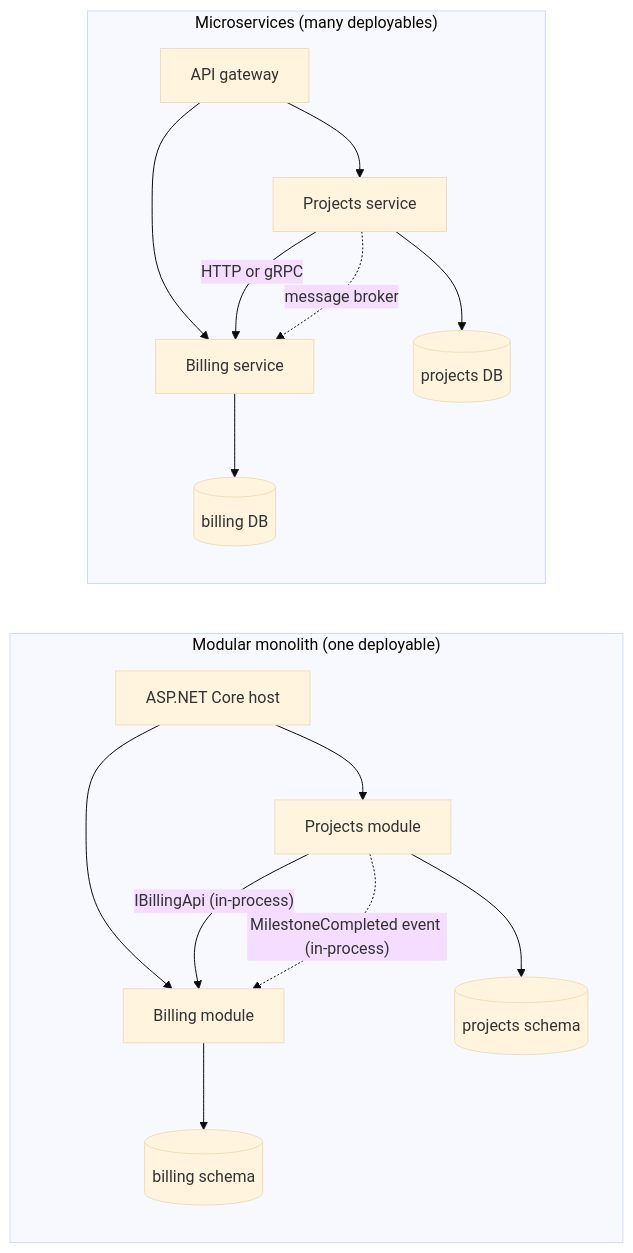
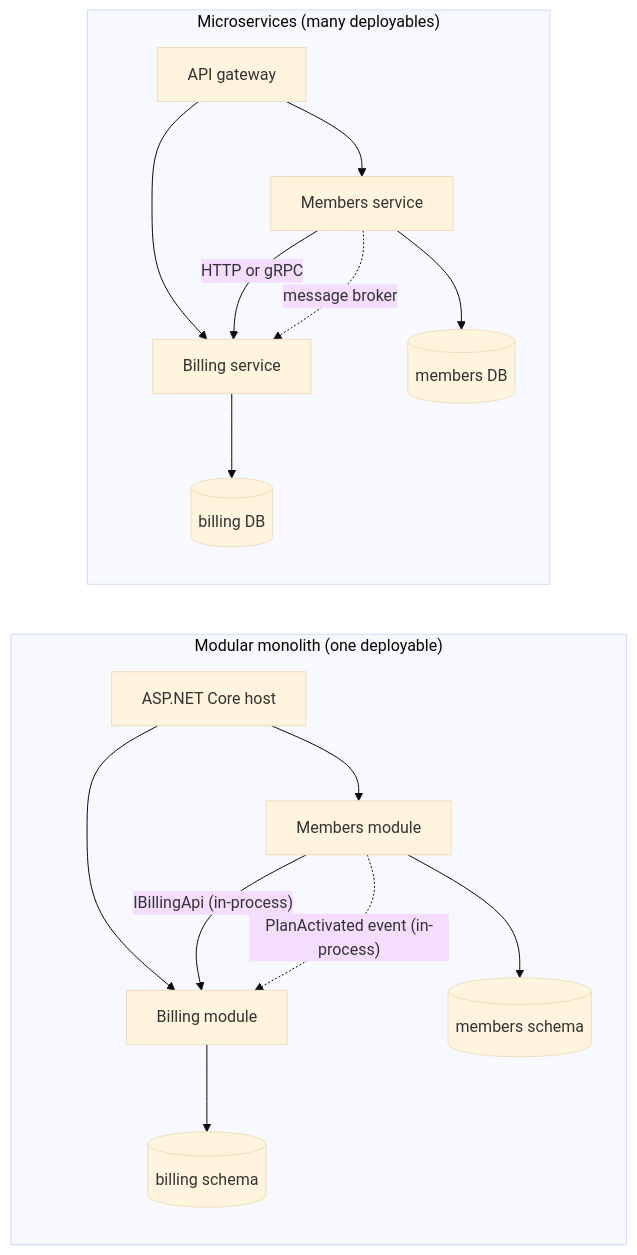
The first of 2 diagrams in content/lessons/m16/m16-monolith-vs-microservices.md (rizwi0786/system-design-lab), drawn with Mermaid (base theme) before and after one commit. The commit also changed other lines of this file and 334 other files, not shown here.

````diff
--- a/content/lessons/m16/m16-monolith-vs-microservices.md
+++ b/content/lessons/m16/m16-monolith-vs-microservices.md
@@ -196,21 +198,21 @@
 ```mermaid
 flowchart LR
     subgraph MM["Modular monolith (one deployable)"]
         direction TB
-        GW1["ASP.NET Core host"] --> P1["Projects module"]
+        GW1["ASP.NET Core host"] --> P1["Members module"]
         GW1 --> B1["Billing module"]
         P1 -- "IBillingApi (in-process)" --> B1
-        P1 -. "MilestoneCompleted event (in-process)" .-> B1
-        P1 --> S1[("projects schema")]
+        P1 -. "PlanActivated event (in-process)" .-> B1
+        P1 --> S1[("members schema")]
         B1 --> S2[("billing schema")]
     end
     subgraph MS["Microservices (many deployables)"]
         direction TB
-        GW2["API gateway"] --> P2["Projects service"]
+        GW2["API gateway"] --> P2["Members service"]
         GW2 --> B2["Billing service"]
         P2 -- "HTTP or gRPC" --> B2
         P2 -. "message broker" .-> B2
-        P2 --> D1[("projects DB")]
+        P2 --> D1[("members DB")]
         B2 --> D2[("billing DB")]
     end
 ```
````
